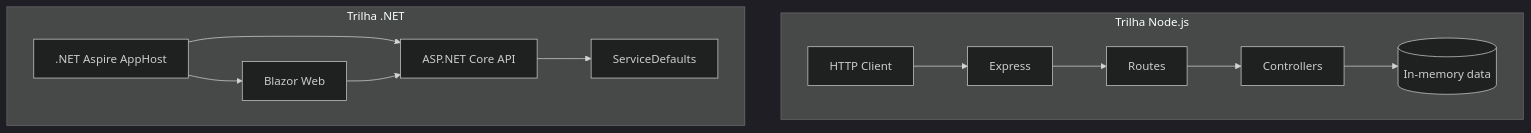
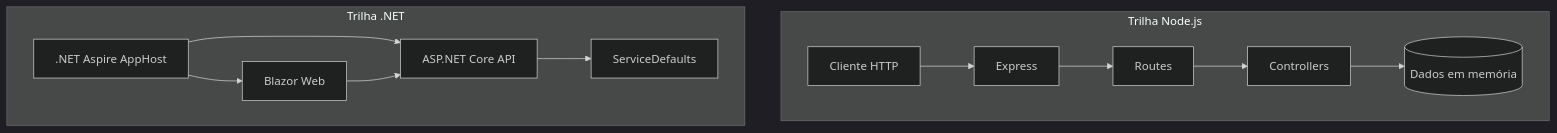
Before and after one commit to RMBarros-Dev/Api-Connect: the diagram in README.md, drawn with Mermaid (dark theme). The commit also changed other lines of this file and 1 other file, not shown here.

First line of the commit message:
docs: standardize Api-Connect bilingual README (#13)

````diff
--- a/README.md
+++ b/README.md
@@ -80,15 +77,15 @@
 ```mermaid
 flowchart TB
-    subgraph Node["Trilha Node.js"]
-      NClient[HTTP Client] --> Express[Express]
-      Express --> Routes[Routes]
-      Routes --> Controller[Controllers]
-      Controller --> Memory[(In-memory data)]
-    end
-    subgraph DotNet["Trilha .NET"]
-      AppHost[.NET Aspire AppHost] --> API[ASP.NET Core API]
-      AppHost --> Web[Blazor Web]
-      Web --> API
-      API --> Defaults[ServiceDefaults]
-    end
+  subgraph Node["Trilha Node.js"]
+    Client[Cliente HTTP] --> Express[Express]
+    Express --> Routes[Routes]
+    Routes --> Controllers[Controllers]
+    Controllers --> Memory[(Dados em memória)]
+  end
+  subgraph DotNet["Trilha .NET"]
+    Host[.NET Aspire AppHost] --> API[ASP.NET Core API]
+    Host --> Web[Blazor Web]
+    Web --> API
+    API --> Defaults[ServiceDefaults]
+  end
 ```
````
